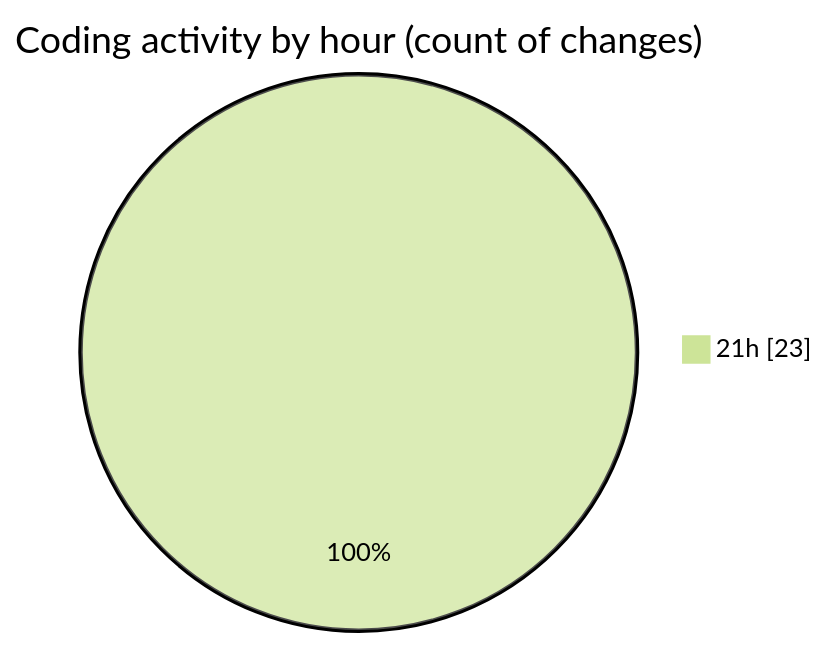
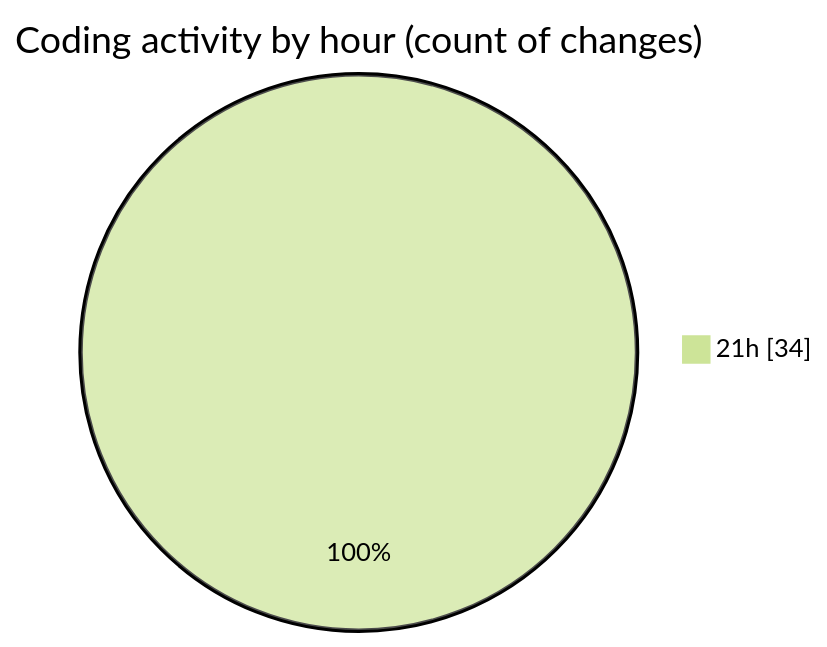
One commit to Ritupan-Deka/code-tracking changed the second of 2 diagrams in 2025-10-31/backend/README.md. Above: the diagram before and after it, drawn with Mermaid (forest theme). The commit also changed other lines of this file and 1 other file, not shown here.

````diff
--- a/2025-10-31/backend/README.md
+++ b/2025-10-31/backend/README.md
@@ -38,5 +38,5 @@
 ```mermaid
 pie showData
 title Coding activity by hour (count of changes)
-"21h" : 23
+"21h" : 34
 ```
````
